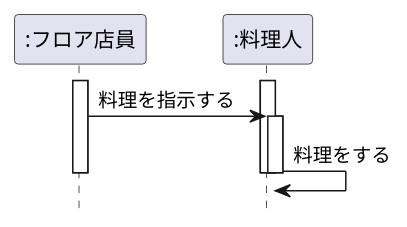
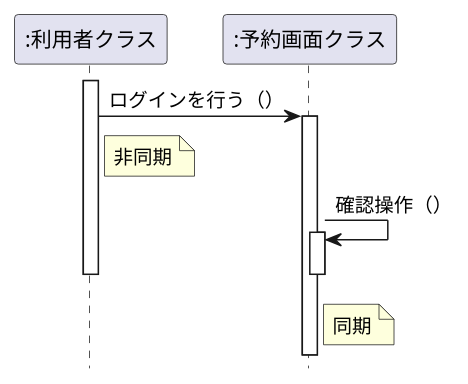
Before and after one commit to sakamotoshuri/uml_introduction: the diagram in 演習4-2_SD_利用者と予約画面.pu, drawn with PlantUML.

Commit message:
柵瀬

```diff
--- a/演習4-2_SD_利用者と予約画面.pu
+++ b/演習4-2_SD_利用者と予約画面.pu
@@ -1,13 +1,14 @@
 @startuml 演習
 hide footbox
-participant ":フロア店員" as clark
-participant ":料理人" as cooker
-activate cooker
-activate clark
-clark -> cooker: 料理を指示する
-activate cooker
-cooker -> cooker: 料理をする
-deactivate cooker
-deactivate clark
-deactivate cooker
+participant ":利用者クラス" as user
+participant ":予約画面クラス" as admin
+activate user
+user -> admin: ログインを行う（）
+note right of user : 非同期
+activate admin
+admin -> admin: 確認操作（）
+note right of admin : 同期
+activate admin
+deactivate admin
+deactivate user
 @enduml
```
